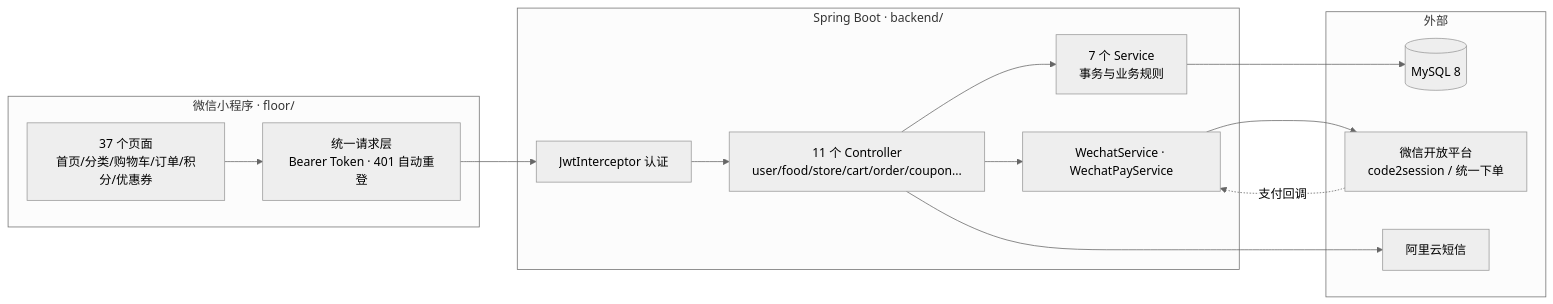
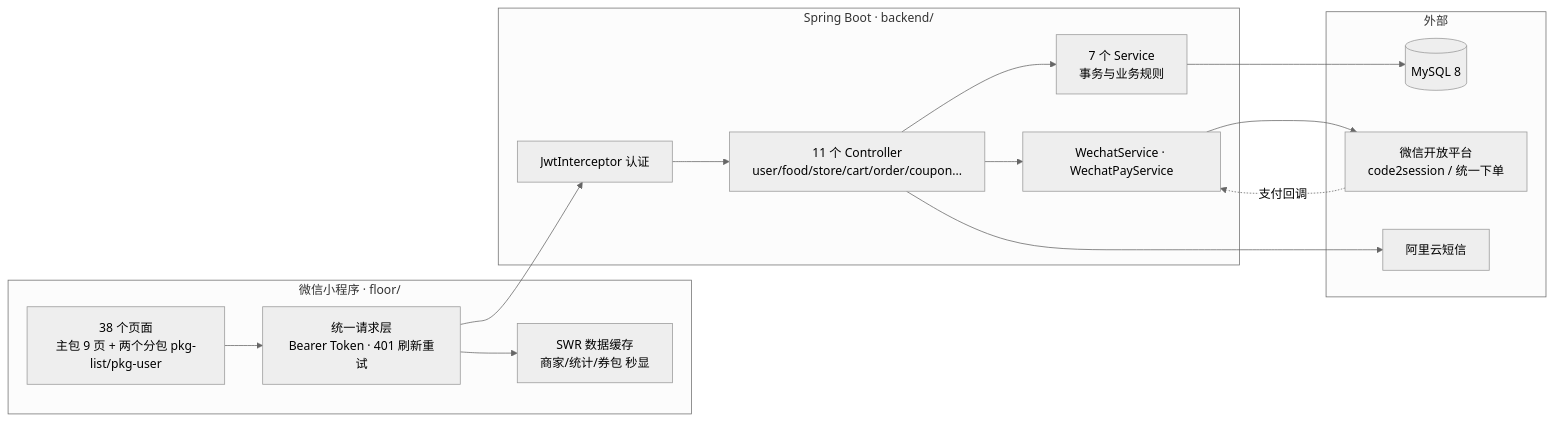
One commit to kedamano/food_wx changed the diagram in README.md. Above: the diagram before and after it, drawn with Mermaid (neutral theme). The commit also changed other lines of this file, not shown here.

````diff
--- a/README.md
+++ b/README.md
@@ -30,22 +31,24 @@
 ```mermaid
 graph LR
     subgraph 微信小程序 [微信小程序 · floor/]
-        A[37 个页面<br/>首页/分类/购物车/订单/积分/优惠券]
-        R[统一请求层<br/>Bearer Token · 401 自动重登]
+        A[38 个页面<br/>主包 9 页 + 两个分包 pkg-list/pkg-user]
+        R[统一请求层<br/>Bearer Token · 401 刷新重试]
+        K[SWR 数据缓存<br/>商家/统计/券包 秒显]
     end
     subgraph 后端 [Spring Boot · backend/]
         I[JwtInterceptor 认证]
         C[11 个 Controller<br/>user/food/store/cart/order/coupon...]
         S[7 个 Service<br/>事务与业务规则]
         W[WechatService · WechatPayService]
     end
     subgraph 外部
         M[(MySQL 8)]
         WX[微信开放平台<br/>code2session / 统一下单]
         SMS[阿里云短信]
     end
     A --> R --> I --> C --> S --> M
+    R --> K
     C --> W --> WX
     C --> SMS
     WX -. 支付回调 .-> W
 ```
````
